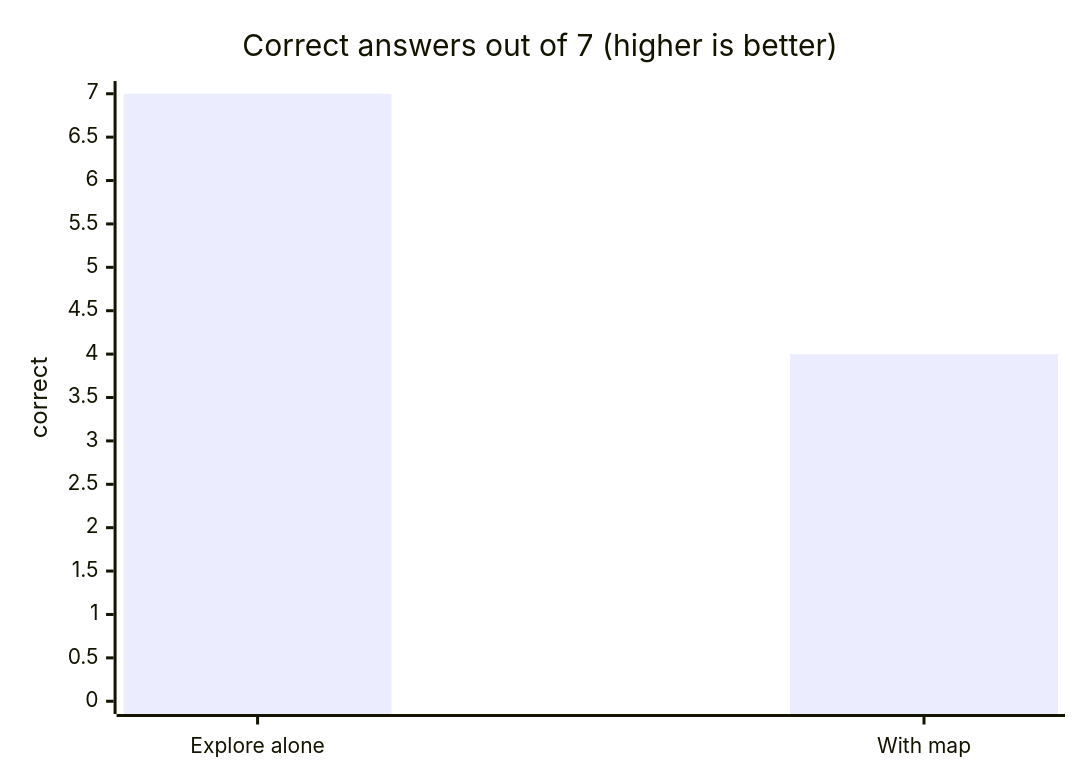
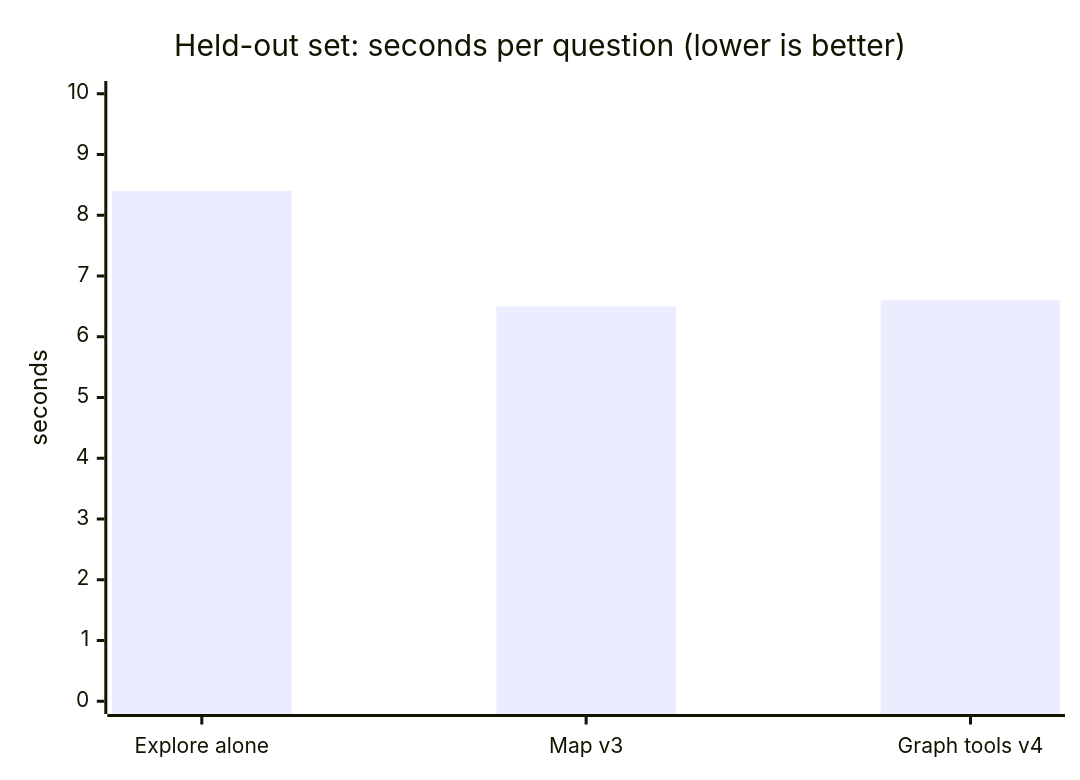
One commit to Lemxy/Armyx changed the third of 3 diagrams in README.md. Above: the diagram before and after it, drawn with Mermaid. The commit also changed other lines of this file and 49 other files, not shown here.

````diff
--- a/README.md
+++ b/README.md
@@ -30,7 +41,7 @@
 ```mermaid
 xychart-beta
-    title "Correct answers out of 7 (higher is better)"
-    x-axis ["Explore alone", "With map"]
-    y-axis "correct" 0 --> 7
-    bar [7, 4]
+    title "Held-out set: seconds per question (lower is better)"
+    x-axis ["Explore alone", "Map v3", "Graph tools v4"]
+    y-axis "seconds" 0 --> 10
+    bar [8.4, 6.5, 6.6]
 ```
````
